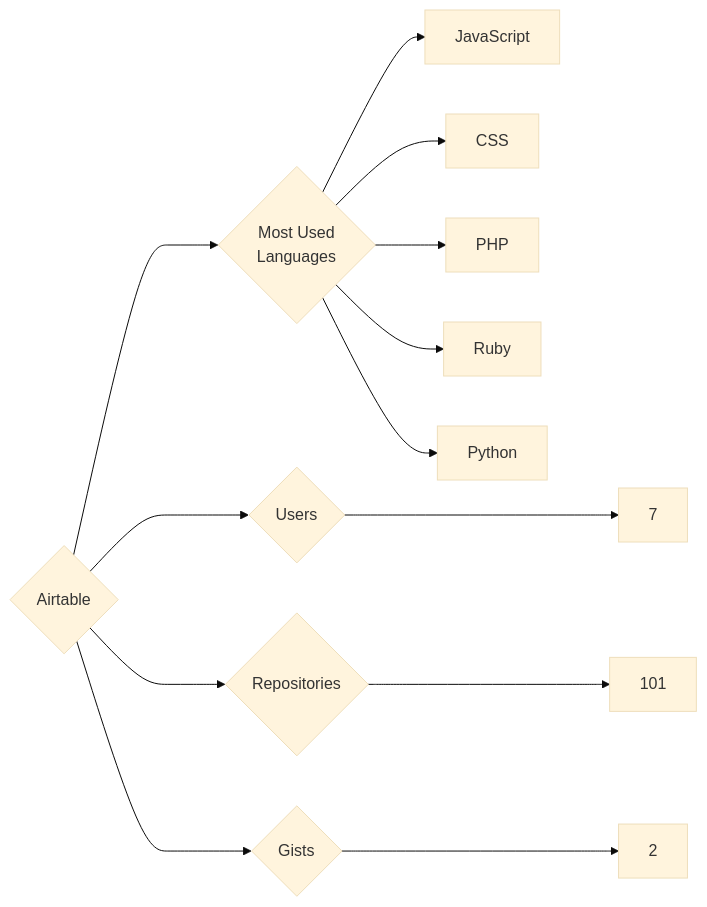
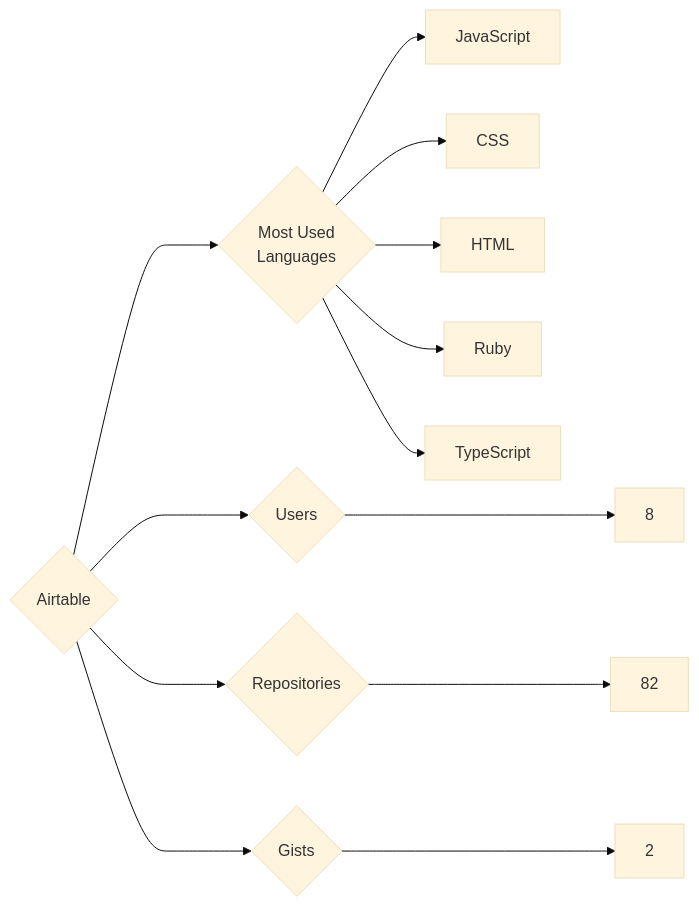
One commit to trickest/insiders changed the diagram in targets/Airtable/README.md. Above: the diagram before and after it, drawn with Mermaid (base theme). The commit also changed 1120 other files, not shown here.

````diff
--- a/targets/Airtable/README.md
+++ b/targets/Airtable/README.md
@@ -3,13 +3,13 @@
 ```mermaid
 graph LR
 COMPANY_NAME{Airtable}
-COMPANY_NAME ---> U{Users} ---> UN[7]
-COMPANY_NAME ---> R{Repositories} ---> RN[101]
+COMPANY_NAME ---> U{Users} ---> UN[8]
+COMPANY_NAME ---> R{Repositories} ---> RN[82]
 COMPANY_NAME ---> G{Gists} ---> GN[2]
 COMPANY_NAME ---> ML{Most Used<br>Languages}
 ML --> JavaScript[JavaScript]
 ML --> CSS[CSS]
-ML --> PHP[PHP]
+ML --> HTML[HTML]
 ML --> Ruby[Ruby]
-ML --> Python[Python]
+ML --> TypeScript[TypeScript]
 ```
````
